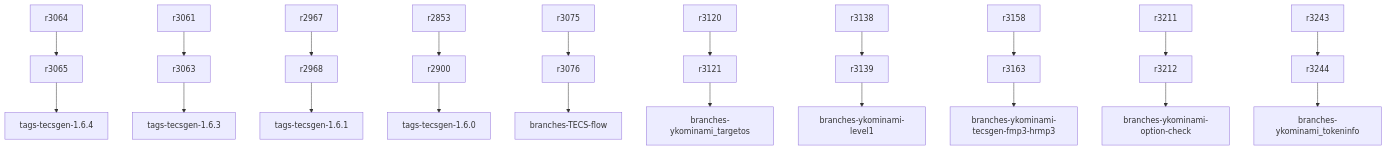
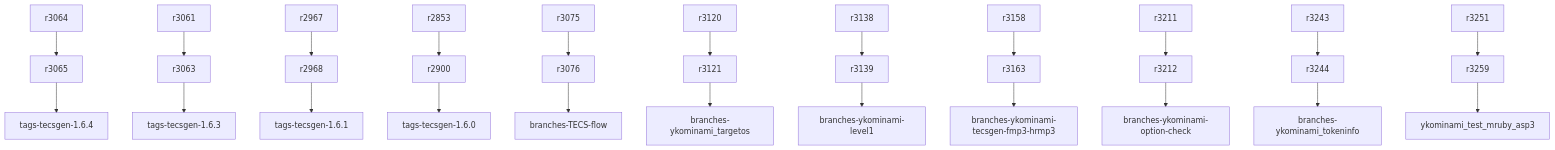
Before and after one commit to ykominami/testxprj: the diagram in tecsgen_B.md, drawn with Mermaid.

````diff
--- a/tecsgen_B.md
+++ b/tecsgen_B.md
@@ -1,31 +1,34 @@
 ```mermaid
 
 graph TD;
   r3065-->tags-tecsgen-1.6.4;
   r3064-->r3065;
   r3063-->tags-tecsgen-1.6.3;
   r3061-->r3063;
   r2968-->tags-tecsgen-1.6.1;
   r2967-->r2968;
   r2900-->tags-tecsgen-1.6.0;
   r2853-->r2900;
   
   r3076-->branches-TECS-flow;
   r3075-->r3076;
 
   r3121-->branches-ykominami_targetos;
   r3120-->r3121;
 
   r3139-->branches-ykominami-level1;
   r3138-->r3139;
 
   r3163-->branches-ykominami-tecsgen-fmp3-hrmp3;
   r3158-->r3163;
 
   r3212-->branches-ykominami-option-check;
   r3211-->r3212;
 
   r3244-->branches-ykominami_tokeninfo;
   r3243-->r3244;
 
+  r3259-->ykominami_test_mruby_asp3;
+  r3251-->r3259;
+
 ```
````
